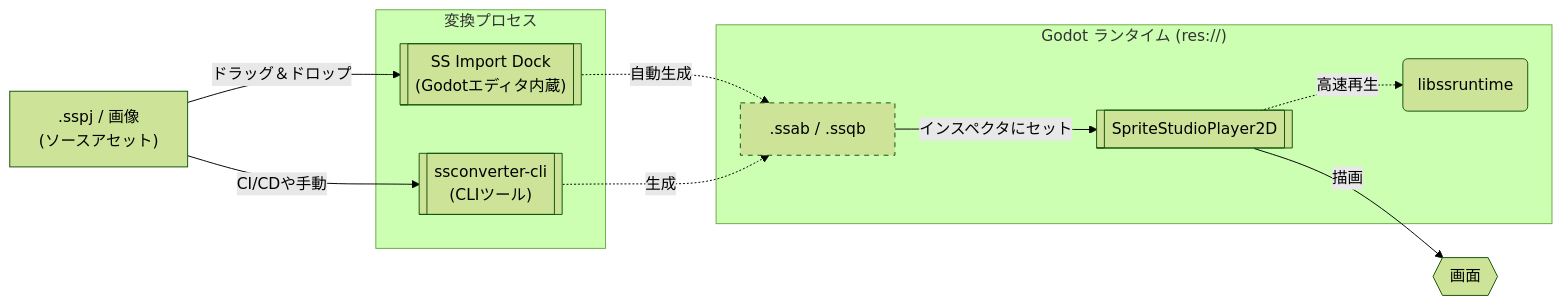
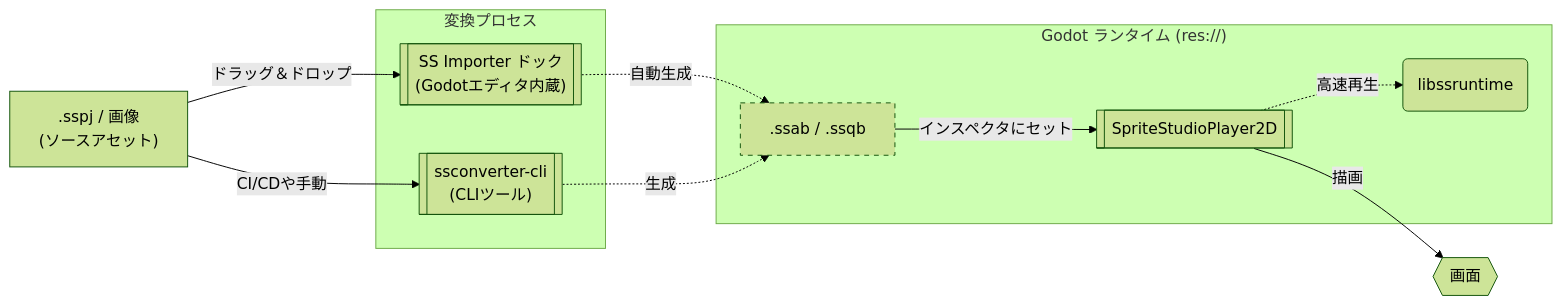
Before and after one commit to SpriteStudio/SSPlayerForGodot: the diagram in docs/ja/index.md, drawn with Mermaid (forest theme). The commit also changed other lines of this file and 22 other files, not shown here.

First line of the commit message:
fix: name the import dock SS Importer in the editor and the docs

````diff
--- a/docs/ja/index.md
+++ b/docs/ja/index.md
@@ -60,27 +60,27 @@
 ```mermaid
 graph LR
     SS[" .sspj / 画像<br>(ソースアセット) "]
 
     subgraph Convert ["変換プロセス"]
-        DOCK[[" SS Import Dock<br>(Godotエディタ内蔵) "]]
+        DOCK[[" SS Importer ドック<br>(Godotエディタ内蔵) "]]
         CLI[[" ssconverter-cli<br>(CLIツール) "]]
     end
 
     subgraph Godot ["Godot ランタイム (res://)"]
         BIN[" .ssab / .ssqb "]
         NODE[[ SpriteStudioPlayer2D ]]
         RT(" libssruntime ")
     end
 
     SS -- "ドラッグ＆ドロップ" --> DOCK
     SS -- "CI/CDや手動" --> CLI
     DOCK -. "自動生成" .-> BIN
     CLI -. "生成" .-> BIN
     
     BIN -- "インスペクタにセット" --> NODE
     NODE -. "高速再生" .-> RT
     NODE -- "描画" --> RENDER{{" 画面 "}}
 
     classDef generated stroke-dasharray: 5 5;
     class BIN generated;
 ```
````
